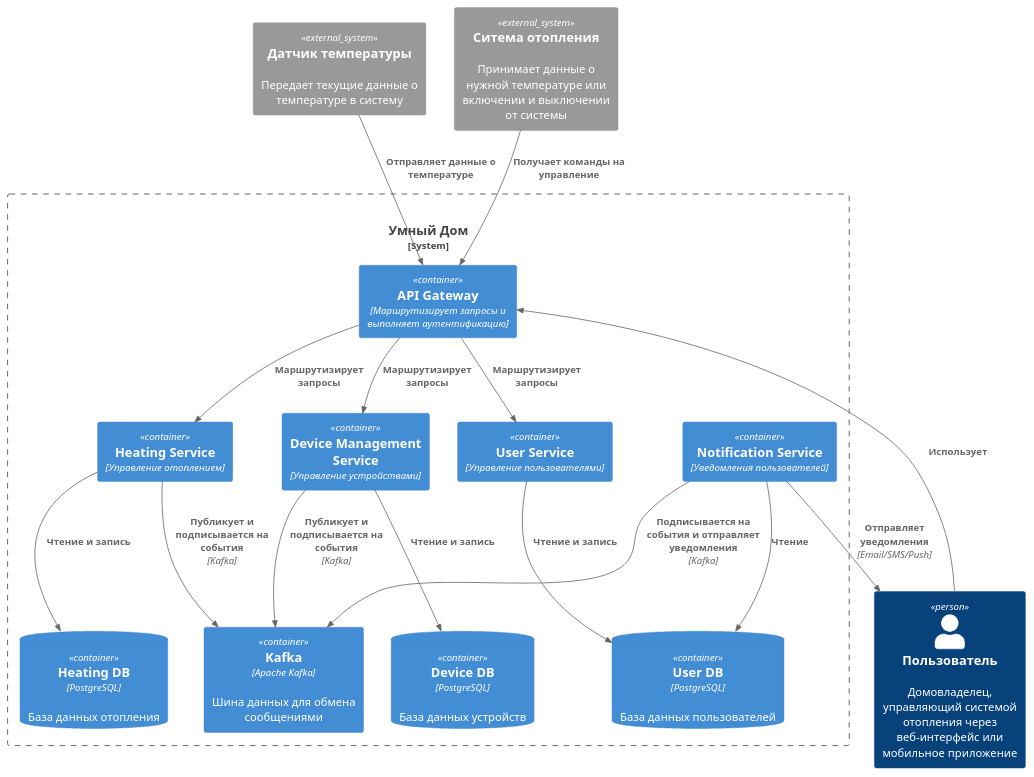
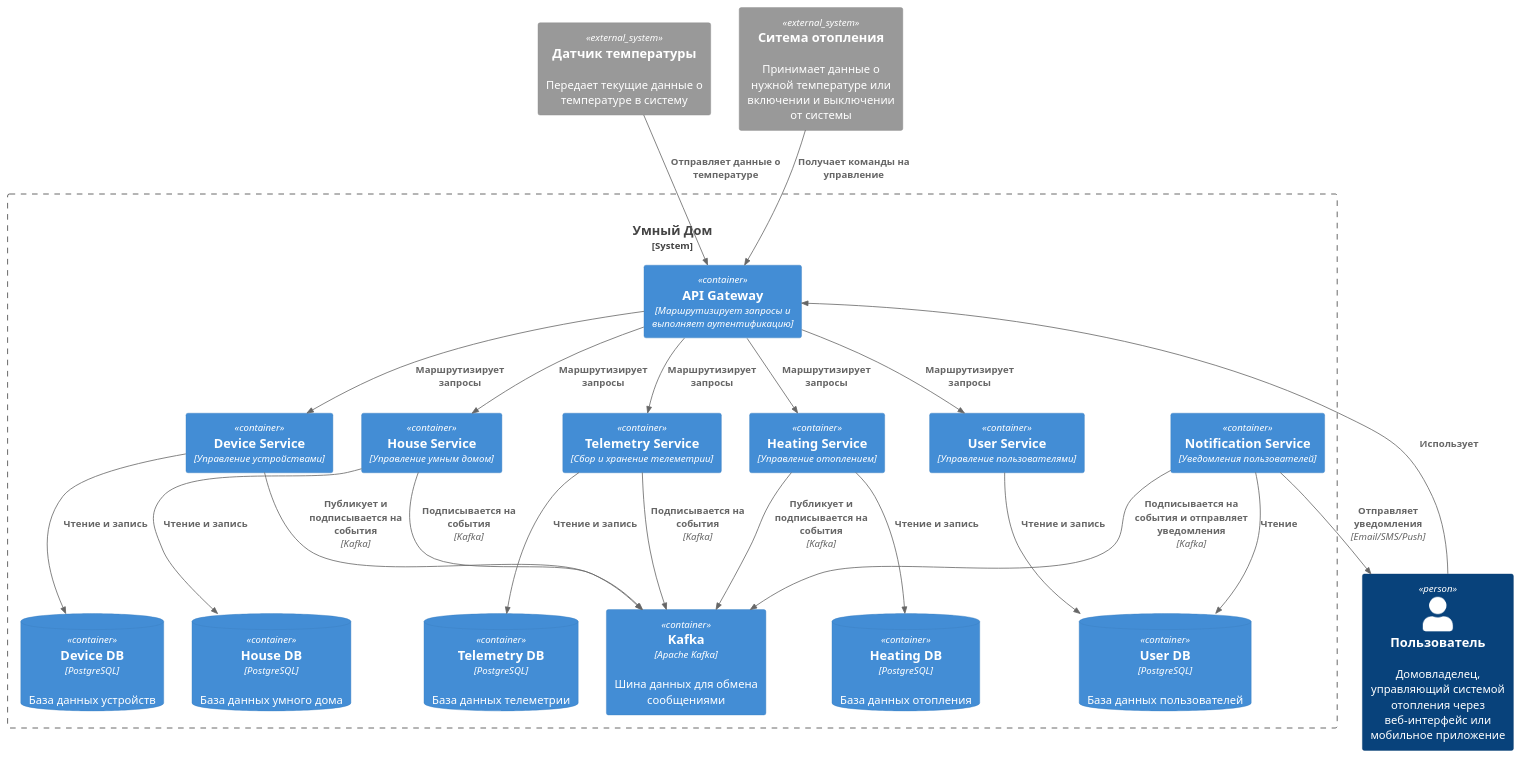
One commit to Veles-Pan/practicum-architecture-sprint-3 changed the first of 9 diagrams in docs/diagrams/src/task_2.puml. Above: the diagram before and after it, drawn with PlantUML. The commit also changed other lines of this file and 13 other files, not shown here.

```diff
--- a/docs/diagrams/src/task_2.puml
+++ b/docs/diagrams/src/task_2.puml
@@ -1,56 +1,67 @@
 @startuml smart_home_container
 
 !include C4_Context.puml
 !include C4_Container.puml
 !include C4_Component.puml
 
 ' Акторы
 Person(User, "Пользователь", "Домовладелец, управляющий системой отопления через веб-интерфейс или мобильное приложение")
 System_Ext(TemperatureSensor, "Датчик температуры", "Передает текущие данные о температуре в систему")
 System_Ext(HeatingSystem, "Ситема отопления", "Принимает данные о нужной температуре или включении и выключении от системы")
 
 ' Определение систем и контейнеров
 System_Boundary(system, "Умный Дом") {
 
     ' API Gateway
     Container(apiGateway, "API Gateway", "Маршрутизирует запросы и выполняет аутентификацию")
 
     ' Микросервисы
     Container(heatingService, "Heating Service", "Управление отоплением")
+    Container(houseService, "House Service", "Управление умным домом")
     Container(userService, "User Service", "Управление пользователями")
-    Container(deviceService, "Device Management Service", "Управление устройствами")
+    Container(deviceService, "Device Service", "Управление устройствами")
+    Container(telemetryService, "Telemetry Service", "Сбор и хранение телеметрии")
     Container(notificationService, "Notification Service", "Уведомления пользователей")
 
     ' Базы данных
     ContainerDb(heatingDB, "Heating DB", "PostgreSQL", "База данных отопления")
+    ContainerDb(houseDB, "House DB", "PostgreSQL", "База данных умного дома")
     ContainerDb(UserDB, "User DB", "PostgreSQL", "База данных пользователей")
+    ContainerDb(telemetryDB, "Telemetry DB", "PostgreSQL", "База данных телеметрии")
     ContainerDb(deviceDB, "Device DB", "PostgreSQL", "База данных устройств")
 
     ' Шина данных
     Container(kafka, "Kafka", "Apache Kafka", "Шина данных для обмена сообщениями")
 
 }
 
 ' Взаимодействия
 Rel(User, apiGateway, "Использует")
 Rel(TemperatureSensor, apiGateway, "Отправляет данные о температуре")
 Rel(HeatingSystem, apiGateway, "Получает команды на управление")
 Rel(apiGateway, heatingService, "Маршрутизирует запросы")
+Rel(apiGateway, houseService, "Маршрутизирует запросы")
 Rel(apiGateway, userService, "Маршрутизирует запросы")
 Rel(apiGateway, deviceService, "Маршрутизирует запросы")
+Rel(apiGateway, telemetryService, "Маршрутизирует запросы")
 
 ' Микросервисы и их базы данных
 Rel(heatingService, heatingDB, "Чтение и запись")
 Rel(userService, UserDB, "Чтение и запись")
+Rel(houseService, houseDB, "Чтение и запись")
 Rel(notificationService, UserDB, "Чтение")
+Rel(telemetryService, telemetryDB, "Чтение и запись")
 Rel(deviceService, deviceDB, "Чтение и запись")
 
 ' Микросервисы взаимодействуют через Kafka
 Rel(heatingService, kafka, "Публикует и подписывается на события", "Kafka")
 Rel(notificationService, kafka, "Подписывается на события и отправляет уведомления", "Kafka")
 Rel(deviceService, kafka, "Публикует и подписывается на события", "Kafka")
+Rel(houseService, kafka, "Подписывается на события", "Kafka")
+Rel(telemetryService, kafka, "Подписывается на события", "Kafka")
+
 
 ' Уведомления пользователю
 Rel(notificationService, User, "Отправляет уведомления", "Email/SMS/Push")
 
 @enduml
```
